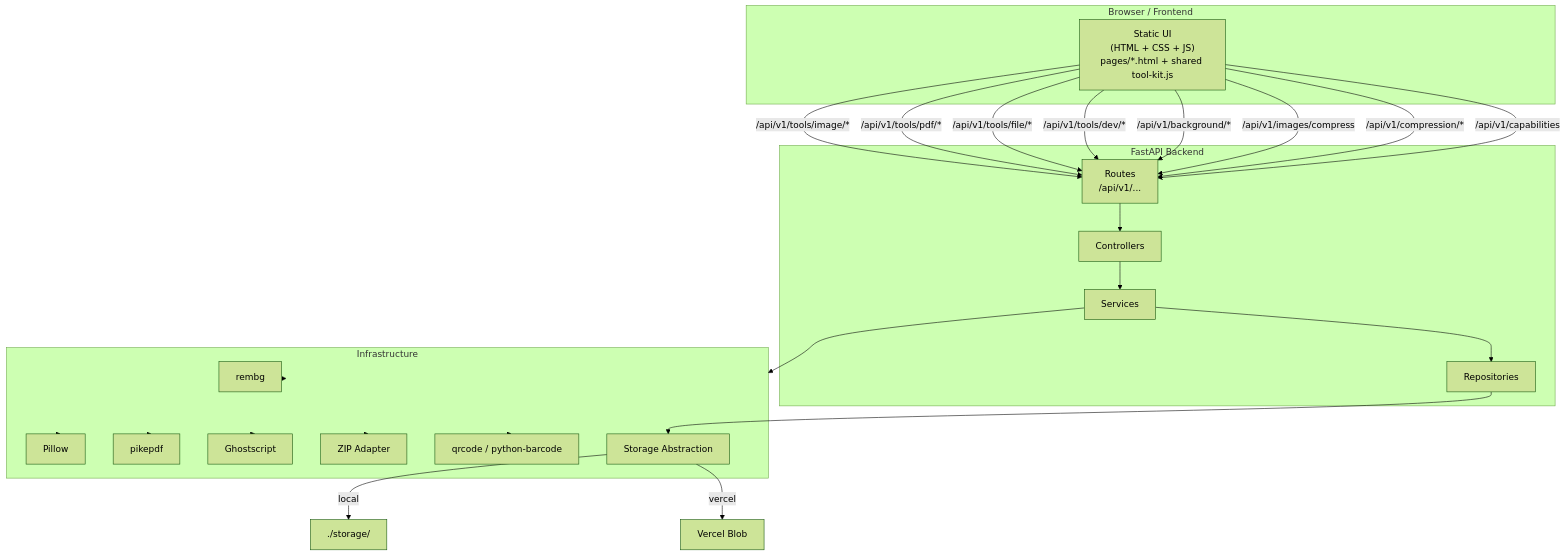
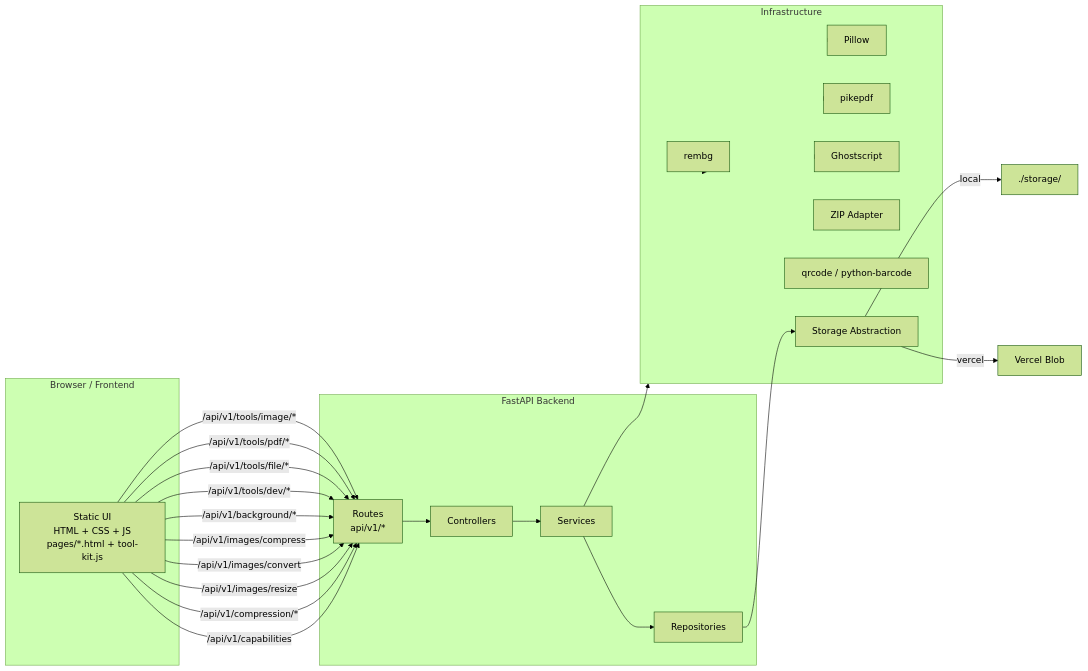
Before and after one commit to oyinlola-tech/lesser-remover: the first of 2 diagrams in README.md, drawn with Mermaid (forest theme). The commit also changed other lines of this file, not shown here.

First line of the commit message:
docs: fix mermaid diagram syntax and update README

````diff
--- a/README.md
+++ b/README.md
@@ -23,48 +24,50 @@
 ```mermaid
-flowchart TD
+flowchart LR
     subgraph Browser["Browser / Frontend"]
-        UI["Static UI\n(HTML + CSS + JS)\npages/*.html + shared tool-kit.js"]
+        UI["Static UI<br/>HTML + CSS + JS<br/>pages/*.html + tool-kit.js"]
     end
 
     subgraph FastAPI["FastAPI Backend"]
-        Routes["Routes\n/api/v1/..."]
+        Routes["Routes<br/>api/v1/*"]
         Controllers["Controllers"]
         Services["Services"]
         Repositories["Repositories"]
     end
 
     subgraph Infrastructure["Infrastructure"]
         Rembg["rembg"]
         Pillow["Pillow"]
         Pikepdf["pikepdf"]
         GS["Ghostscript"]
         Zip["ZIP Adapter"]
         QR["qrcode / python-barcode"]
         Storage["Storage Abstraction"]
     end
 
     UI -->|/api/v1/tools/image/*| Routes
     UI -->|/api/v1/tools/pdf/*| Routes
     UI -->|/api/v1/tools/file/*| Routes
     UI -->|/api/v1/tools/dev/*| Routes
     UI -->|/api/v1/background/*| Routes
     UI -->|/api/v1/images/compress| Routes
+    UI -->|/api/v1/images/convert| Routes
+    UI -->|/api/v1/images/resize| Routes
     UI -->|/api/v1/compression/*| Routes
     UI -->|/api/v1/capabilities| Routes
 
     Routes --> Controllers
     Controllers --> Services
     Services --> Repositories
     Services --> Infrastructure
 
     Repositories --> Storage
     Infrastructure --> Rembg
     Infrastructure --> Pillow
     Infrastructure --> Pikepdf
     Infrastructure --> GS
     Infrastructure --> Zip
     Infrastructure --> QR
 
     Storage -->|local| LocalFS["./storage/"]
     Storage -->|vercel| VercelBlob["Vercel Blob"]
 ```
````
